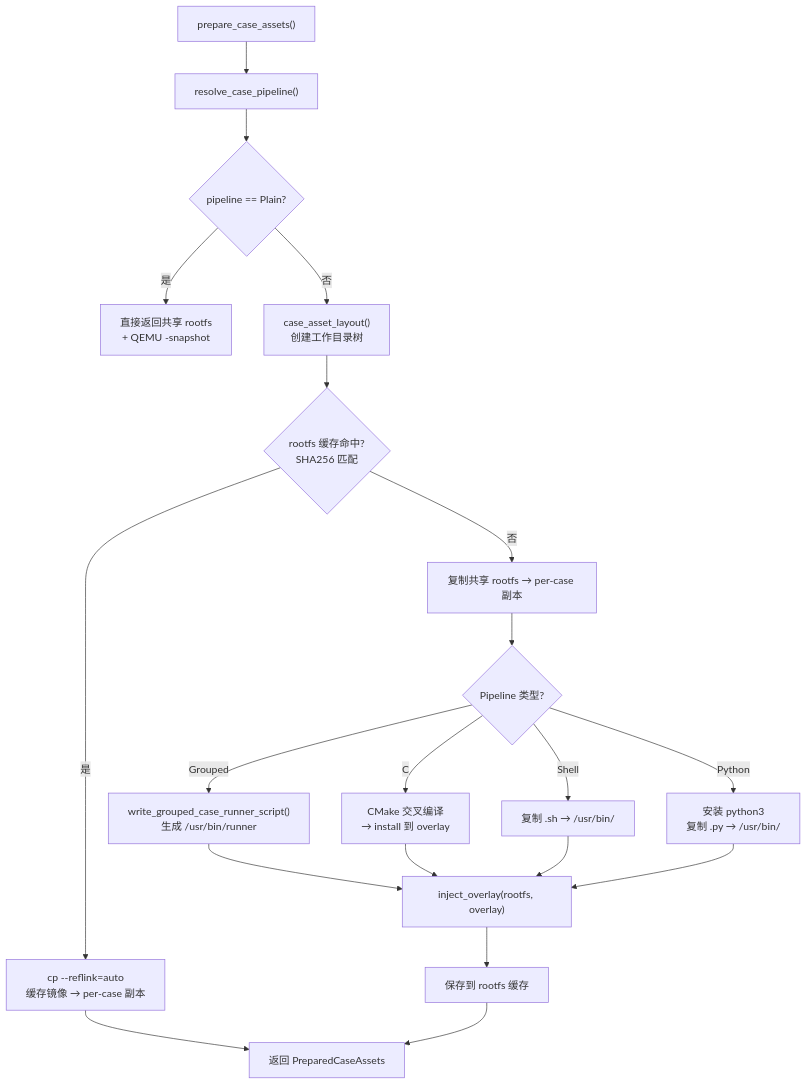
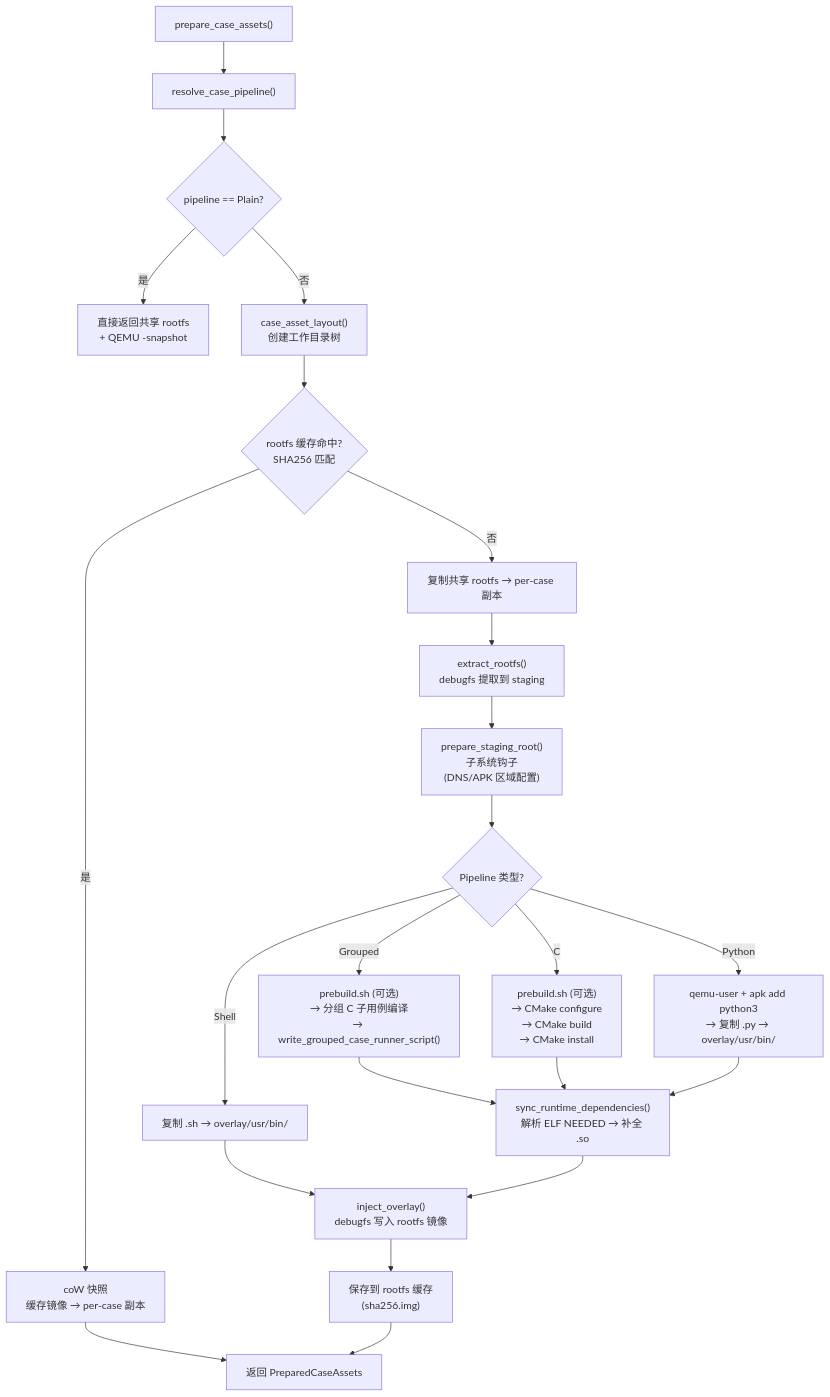
Before and after one commit to rcore-os/tgoskits: the second of 2 diagrams in docs/docs/design/axbuild/test/assets.md, drawn with Mermaid. The commit also changed other lines of this file and 12 other files, not shown here.

````diff
--- a/docs/docs/design/axbuild/test/assets.md
+++ b/docs/docs/design/axbuild/test/assets.md
@@ -41,22 +53,25 @@
 ```mermaid
 flowchart TD
     A["prepare_case_assets()"] --> B["resolve_case_pipeline()"]
     B --> C{pipeline == Plain?}
     C -->|是| D["直接返回共享 rootfs<br/>+ QEMU -snapshot"]
     C -->|否| E["case_asset_layout()<br/>创建工作目录树"]
     E --> F{rootfs 缓存命中?<br/>SHA256 匹配}
-    F -->|是| G["cp --reflink=auto<br/>缓存镜像 → per-case 副本"]
+    F -->|是| G["coW 快照<br/>缓存镜像 → per-case 副本"]
     F -->|否| H["复制共享 rootfs → per-case 副本"]
-    H --> I{Pipeline 类型?}
-    I -->|Grouped| J["write_grouped_case_runner_script()<br/>生成 /usr/bin/runner"]
-    I -->|C| K["CMake 交叉编译<br/>→ install 到 overlay"]
-    I -->|Shell| L["复制 .sh → /usr/bin/"]
-    I -->|Python| M["安装 python3<br/>复制 .py → /usr/bin/"]
-    J --> N["inject_overlay(rootfs, overlay)"]
-    K --> N
-    L --> N
+    H --> I["extract_rootfs()<br/>debugfs 提取到 staging"]
+    I --> J["prepare_staging_root()<br/>子系统钩子<br/>(DNS/APK 区域配置)"]
+    J --> K{Pipeline 类型?}
+    K -->|Grouped| L1["prebuild.sh (可选)<br/>→ 分组 C 子用例编译<br/>→ write_grouped_case_runner_script()"]
+    K -->|C| L2["prebuild.sh (可选)<br/>→ CMake configure<br/>→ CMake build<br/>→ CMake install"]
+    K -->|Shell| L3["复制 .sh → overlay/usr/bin/"]
+    K -->|Python| L4["qemu-user + apk add python3<br/>→ 复制 .py → overlay/usr/bin/"]
+    L1 --> M["sync_runtime_dependencies()<br/>解析 ELF NEEDED → 补全 .so"]
+    L2 --> M
+    L3 --> N["inject_overlay()<br/>debugfs 写入 rootfs 镜像"]
+    L4 --> M
     M --> N
-    N --> O["保存到 rootfs 缓存"]
+    N --> O["保存到 rootfs 缓存<br/>(sha256.img)"]
     G --> P["返回 PreparedCaseAssets"]
     O --> P
 ```
````
